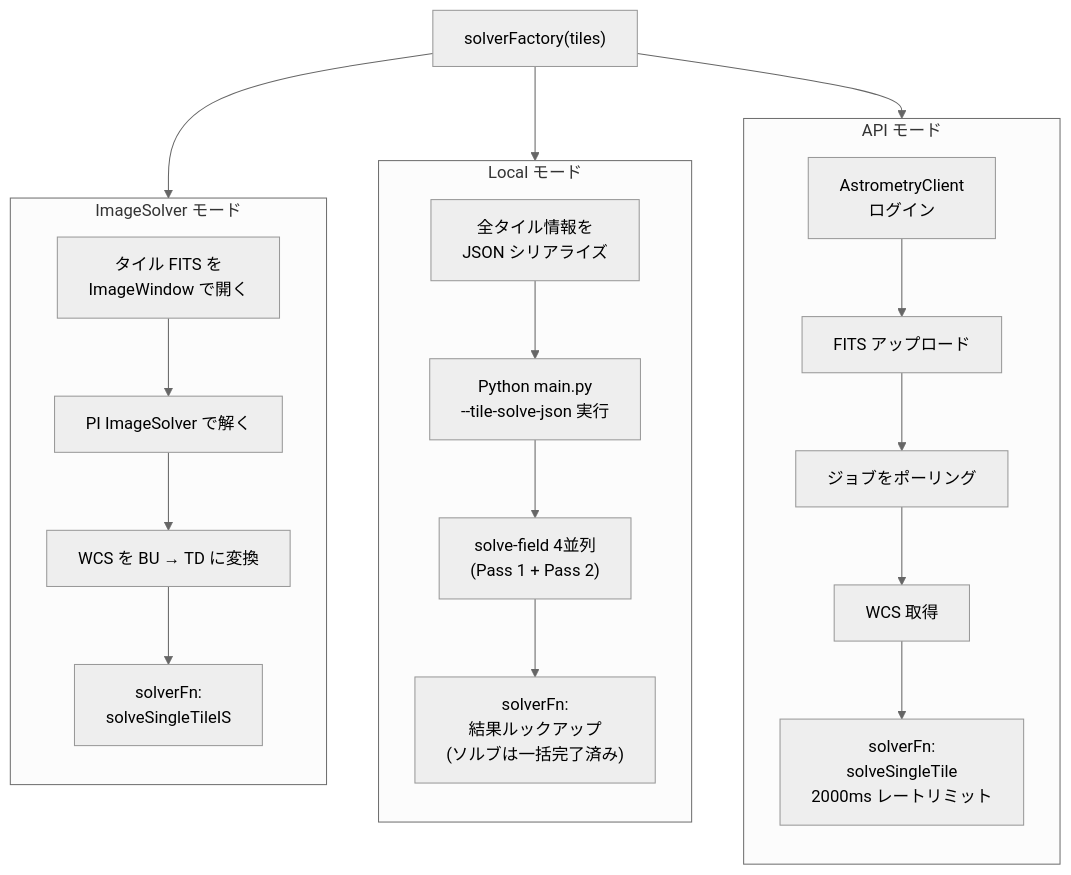
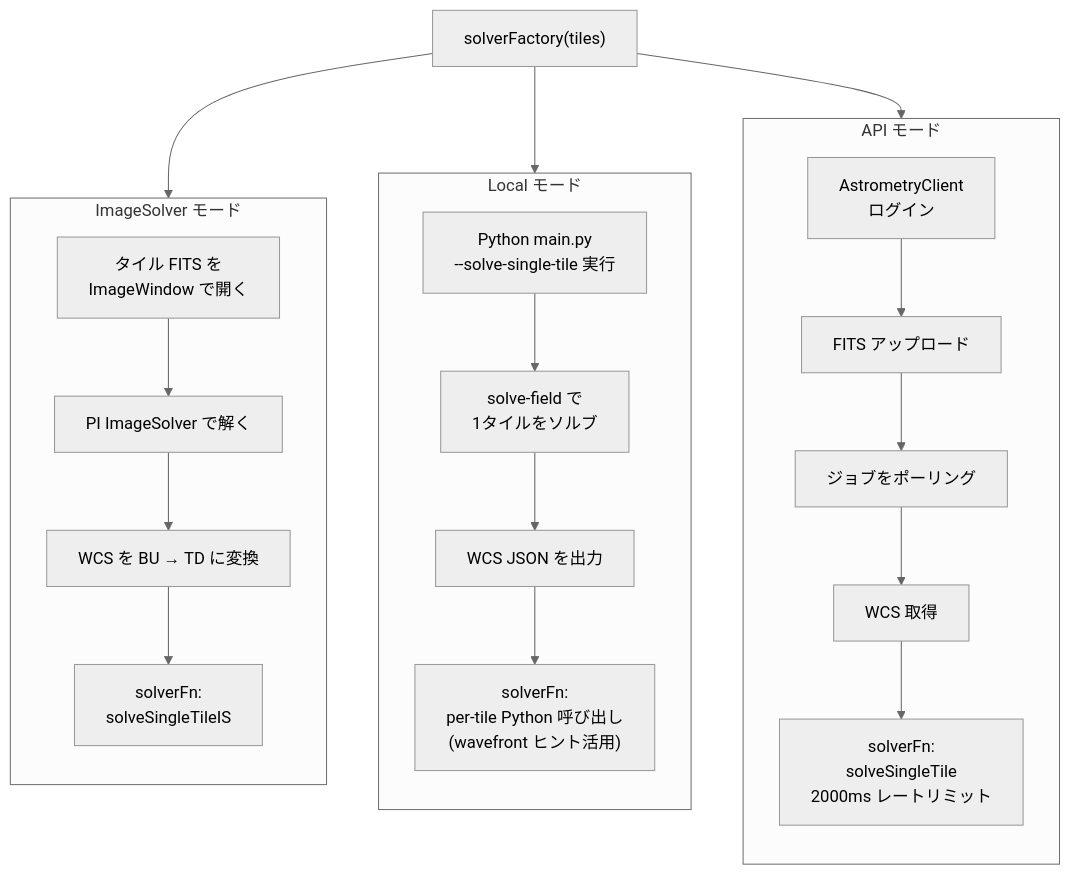
One commit to ysmr3104/split-image-solver changed the fourth of 10 diagrams in docs/specs.md. Above: the diagram before and after it, drawn with Mermaid (neutral theme). The commit also changed other lines of this file and 8 other files, not shown here.

First line of the commit message:
refactor(local): per-tile Python呼び出し + solve-field出力分離

````diff
--- a/docs/specs.md
+++ b/docs/specs.md
@@ -114,32 +114,32 @@
 ```mermaid
 flowchart TD
     F["solverFactory(tiles)"]
     F --> A1
     F --> L1
     F --> I1
 
     subgraph API["API モード"]
         direction TB
         A1["AstrometryClient<br/>ログイン"]
         A1 --> A2["FITS アップロード"]
         A2 --> A3["ジョブをポーリング"]
         A3 --> A4["WCS 取得"]
         A4 --> A5["solverFn:<br/>solveSingleTile<br/>2000ms レートリミット"]
     end
 
     subgraph Local["Local モード"]
         direction TB
-        L1["全タイル情報を<br/>JSON シリアライズ"]
-        L1 --> L2["Python main.py<br/>--tile-solve-json 実行"]
-        L2 --> L3["solve-field 4並列<br/>(Pass 1 + Pass 2)"]
-        L3 --> L4["solverFn:<br/>結果ルックアップ<br/>(ソルブは一括完了済み)"]
+        L1["Python main.py<br/>--solve-single-tile 実行"]
+        L1 --> L2["solve-field で<br/>1タイルをソルブ"]
+        L2 --> L3["WCS JSON を出力"]
+        L3 --> L4["solverFn:<br/>per-tile Python 呼び出し<br/>(wavefront ヒント活用)"]
     end
 
     subgraph IS["ImageSolver モード"]
         direction TB
         I1["タイル FITS を<br/>ImageWindow で開く"]
         I1 --> I2["PI ImageSolver で解く"]
         I2 --> I3["WCS を BU → TD に変換"]
         I3 --> I4["solverFn:<br/>solveSingleTileIS"]
     end
 ```
````
